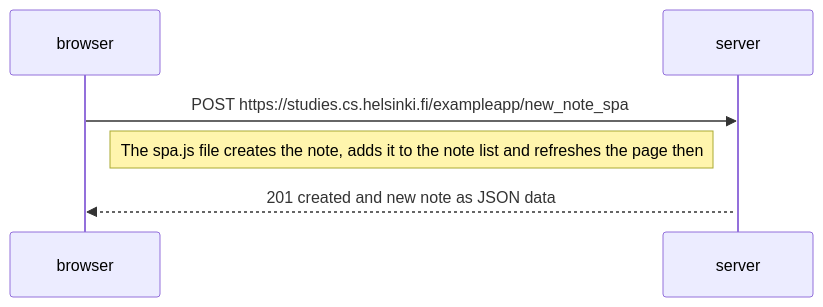
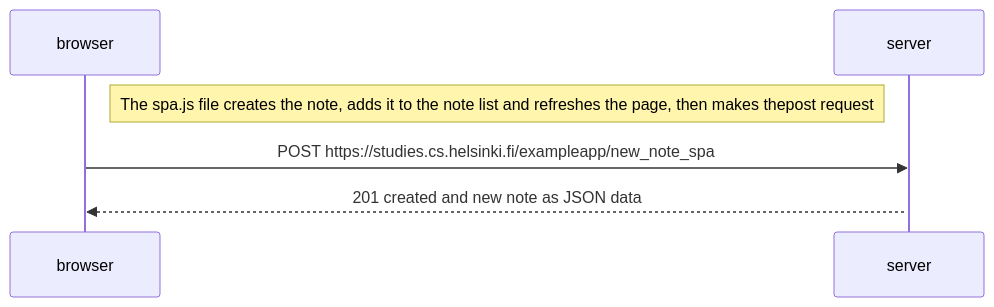
Before and after one commit to arvidkullhammar/Fullstack-Open: the diagram in part0/0.6.md, drawn with Mermaid.

````diff
--- a/part0/0.6.md
+++ b/part0/0.6.md
@@ -1,12 +1,13 @@
 ```mermaid
 sequenceDiagram
     participant browser
     participant server
 
+
+ Note right of browser: The spa.js file creates the note, adds it to the note list and refreshes the page, then makes thepost request
+
     browser->>server: POST https://studies.cs.helsinki.fi/exampleapp/new_note_spa
     activate server
 
- Note right of browser: The spa.js file creates the note, adds it to the note list and refreshes the page then 
-
     server-->>browser: 201 created and new note as JSON data
 ```
````
